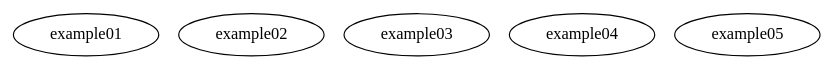
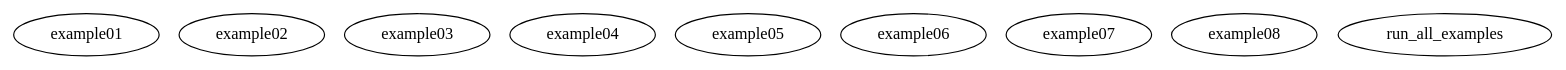
The diagram in htmldoc/examples/graph.dot (stk-kriging/stk), drawn with Graphviz before and after one commit. The commit also changed 45 other files, not shown here.

```diff
--- a/htmldoc/examples/graph.dot
+++ b/htmldoc/examples/graph.dot
@@ -1,9 +1,13 @@
 /* Created by mdot for Matlab */
 digraph m2html {
 
   example01 [URL="example01.html"];
   example02 [URL="example02.html"];
   example03 [URL="example03.html"];
   example04 [URL="example04.html"];
   example05 [URL="example05.html"];
+  example06 [URL="example06.html"];
+  example07 [URL="example07.html"];
+  example08 [URL="example08.html"];
+  run_all_examples [URL="run_all_examples.html"];
 }
```
